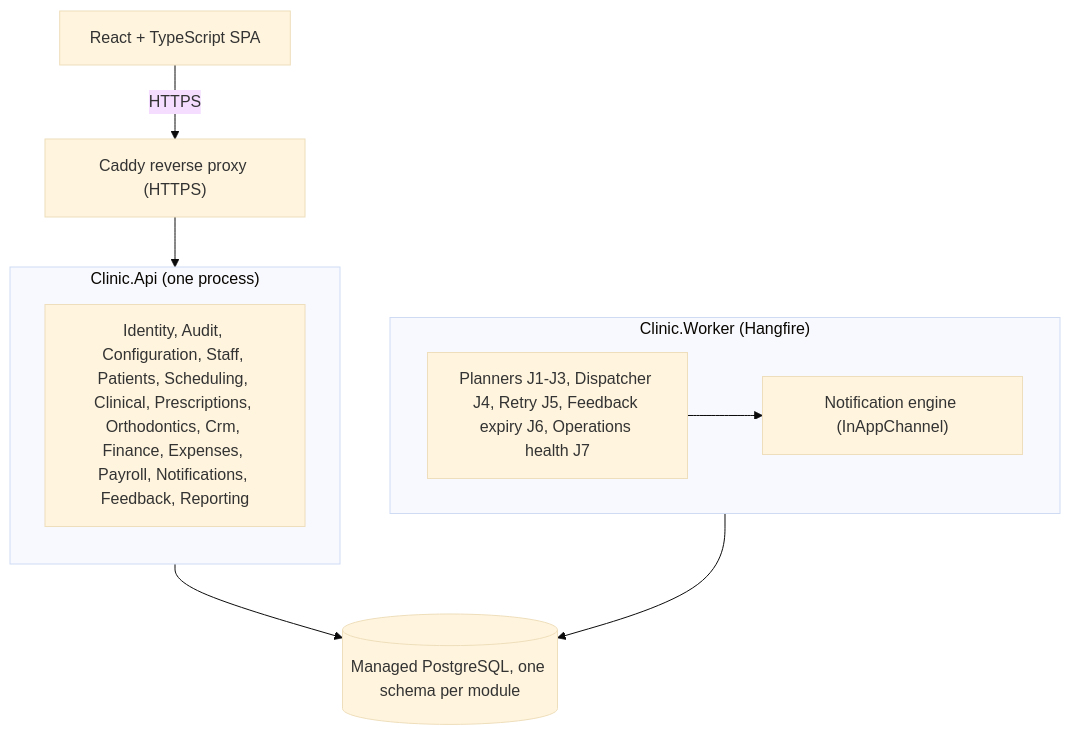
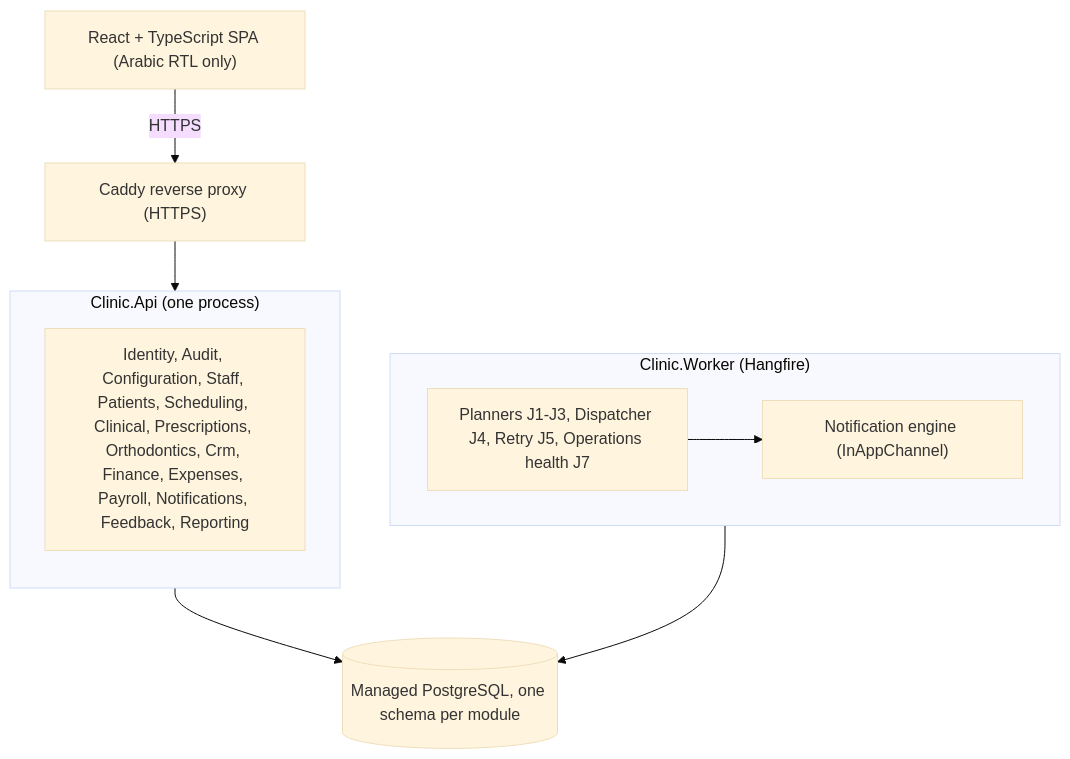
One commit to mostafaabdullah11/Dental-clinical-system changed the second of 26 diagrams in docs/DIAGRAMS.md. Above: the diagram before and after it, drawn with Mermaid (base theme). The commit also changed other lines of this file and 51 other files, not shown here.

````diff
--- a/docs/DIAGRAMS.md
+++ b/docs/DIAGRAMS.md
@@ -40,19 +39,19 @@
 ```mermaid
 flowchart TB
-    SPA["React + TypeScript SPA"]
+    SPA["React + TypeScript SPA (Arabic RTL only)"]
     PROXY["Caddy reverse proxy (HTTPS)"]
     subgraph API["Clinic.Api (one process)"]
         direction TB
         MODS["Identity, Audit, Configuration, Staff, Patients, Scheduling, Clinical, Prescriptions, Orthodontics, Crm, Finance, Expenses, Payroll, Notifications, Feedback, Reporting"]
     end
     subgraph WRK["Clinic.Worker (Hangfire)"]
-        JOBS["Planners J1-J3, Dispatcher J4, Retry J5, Feedback expiry J6, Operations health J7"]
+        JOBS["Planners J1-J3, Dispatcher J4, Retry J5, Operations health J7"]
         NE["Notification engine (InAppChannel)"]
     end
     DB[("Managed PostgreSQL, one schema per module")]
 
     SPA -->|"HTTPS"| PROXY --> API
     API --> DB
     WRK --> DB
     JOBS --> NE
 ```
````
